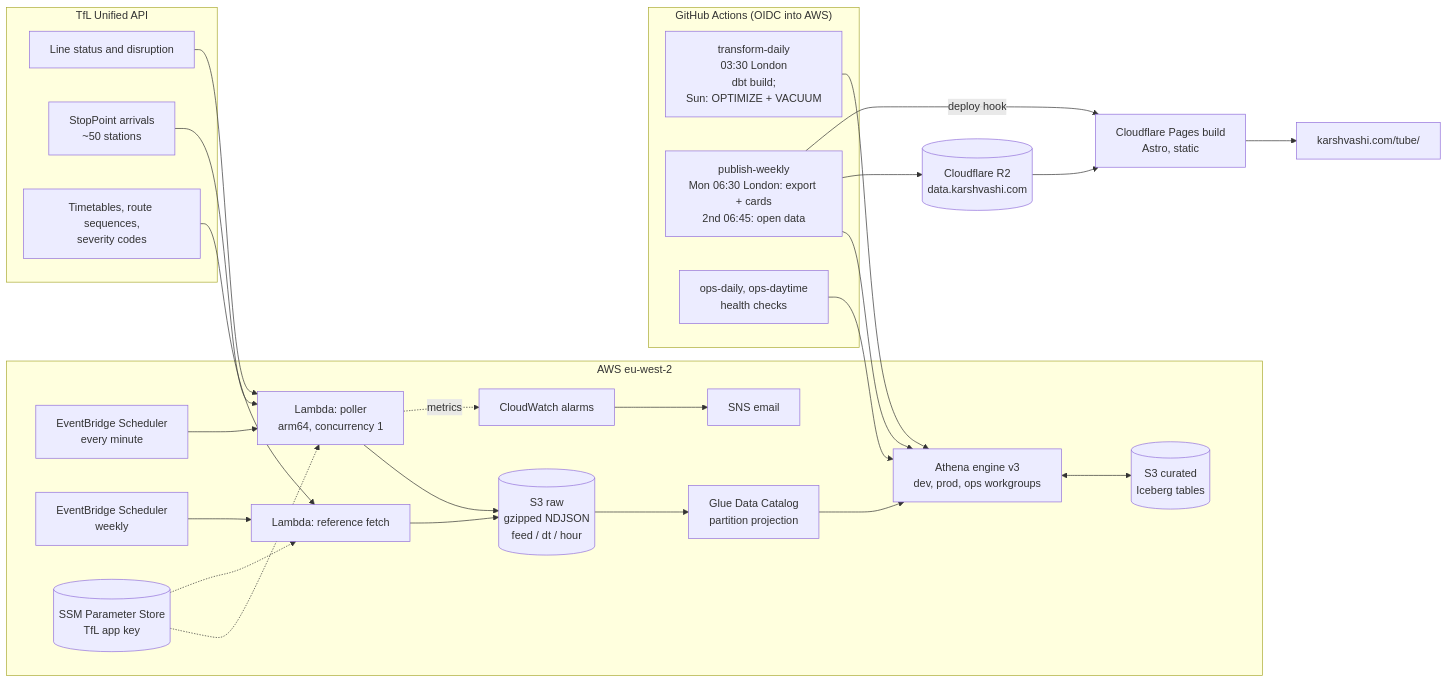
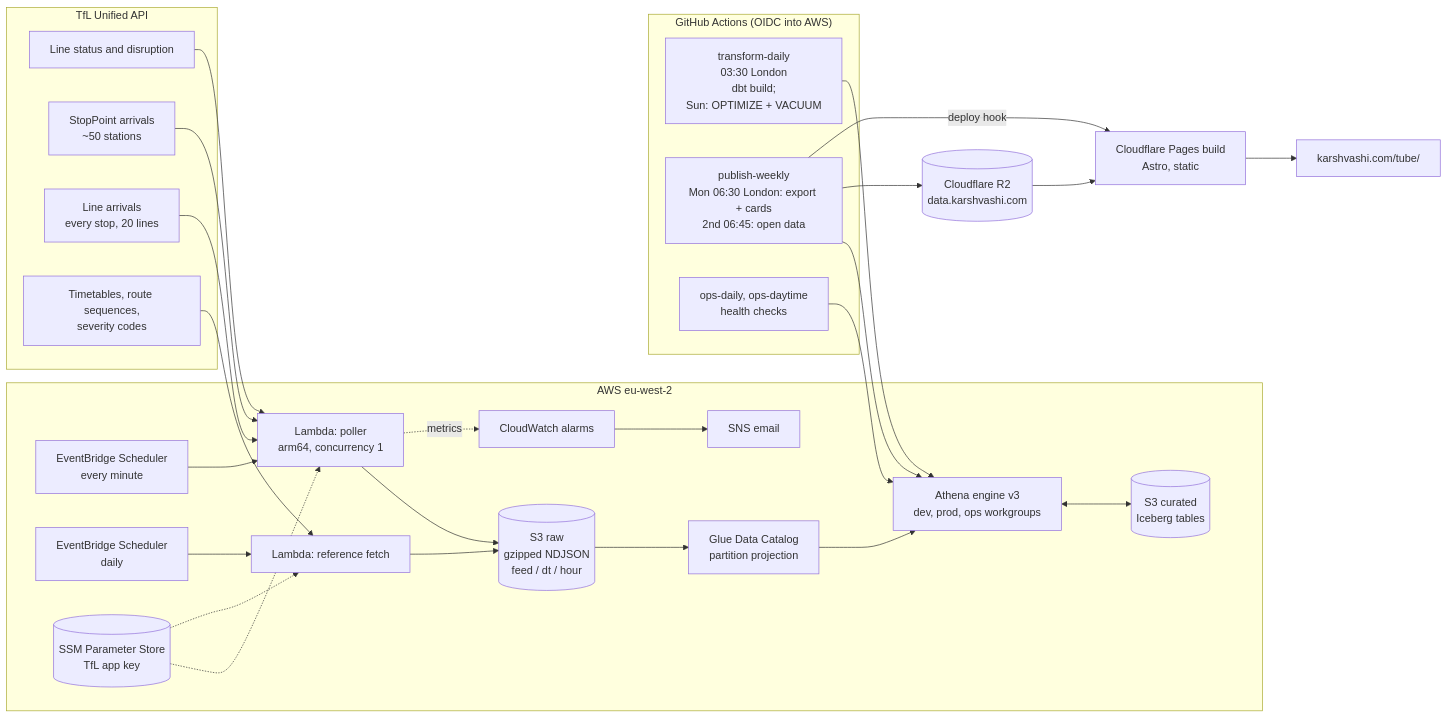
One commit to KarshVashi/mind-the-data changed the diagram in docs/architecture.md. Above: the diagram before and after it, drawn with Mermaid. The commit also changed other lines of this file and 70 other files, not shown here.

First line of the commit message:
feat: collect arrivals at every station and publish station views (M8) (#43)

````diff
--- a/docs/architecture.md
+++ b/docs/architecture.md
@@ -7,36 +7,38 @@
 ```mermaid
 flowchart LR
   subgraph TfL["TfL Unified API"]
     S[Line status and disruption]
     A[StopPoint arrivals<br/>~50 stations]
+    LA[Line arrivals<br/>every stop, 20 lines]
     R[Timetables, route sequences,<br/>severity codes]
   end
 
   subgraph AWS["AWS eu-west-2"]
     EB[EventBridge Scheduler<br/>every minute] --> P[Lambda: poller<br/>arm64, concurrency 1]
-    EBW[EventBridge Scheduler<br/>weekly] --> RF[Lambda: reference fetch]
+    EBW[EventBridge Scheduler<br/>daily] --> RF[Lambda: reference fetch]
     SSM[(SSM Parameter Store<br/>TfL app key)] -.-> P
     SSM -.-> RF
     P --> RAW[(S3 raw<br/>gzipped NDJSON<br/>feed / dt / hour)]
     RF --> RAW
     RAW --> GC[Glue Data Catalog<br/>partition projection]
     GC --> ATH[Athena engine v3<br/>dev, prod, ops workgroups]
     ATH <--> ICE[(S3 curated<br/>Iceberg tables)]
     P -. metrics .-> CW[CloudWatch alarms] --> SNS[SNS email]
   end
 
   S --> P
   A --> P
+  LA --> P
   R --> RF
 
   subgraph GHA["GitHub Actions (OIDC into AWS)"]
     TD[transform-daily<br/>03:30 London<br/>dbt build;<br/>Sun: OPTIMIZE + VACUUM] --> ATH
     PW[publish-weekly<br/>Mon 06:30 London: export + cards<br/>2nd 06:45: open data] --> ATH
     OPS[ops-daily, ops-daytime<br/>health checks] --> ATH
   end
 
   PW --> R2[(Cloudflare R2<br/>data.karshvashi.com)]
   PW -- deploy hook --> PAGES[Cloudflare Pages build<br/>Astro, static]
   R2 --> PAGES
   PAGES --> WEB[karshvashi.com/tube/]
 ```
````
